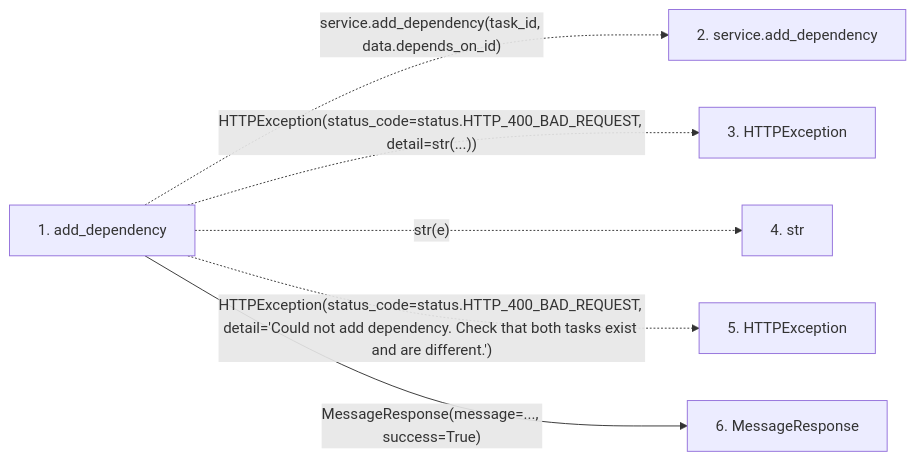
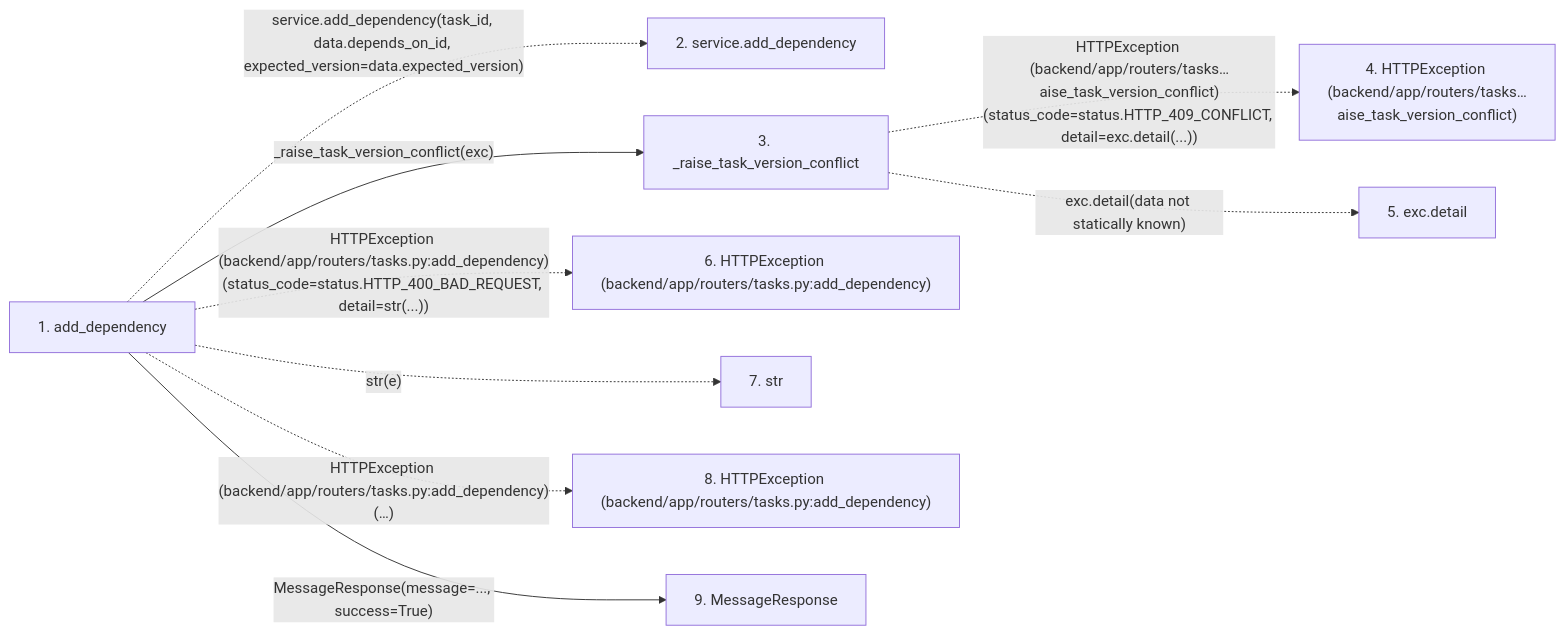
One commit to Denissvgn/WorkChord changed the second of 2 diagrams in docs/llm_wiki/flows/http-add_dependency.md. Above: the diagram before and after it, drawn with Mermaid. The commit also changed other lines of this file and 6624 other files, not shown here.

````diff
--- a/docs/llm_wiki/flows/http-add_dependency.md
+++ b/docs/llm_wiki/flows/http-add_dependency.md
@@ -27,16 +33,23 @@
 ```mermaid
 flowchart LR
     s1["1. add_dependency"]
     s2["2. service.add_dependency"]
-    s3["3. HTTPException"]
-    s4["4. str"]
-    s5["5. HTTPException"]
-    s6["6. MessageResponse"]
-    s1 -. "service.add_dependency(task_id, data.depends_on_id)" .-> s2
-    s1 -. "HTTPException(status_code=status.HTTP_400_BAD_REQUEST, detail=str(...))" .-> s3
-    s1 -. "str(e)" .-> s4
-    s1 -. "HTTPException(status_code=status.HTTP_400_BAD_REQUEST, detail='Could not add dependency. Check that both tasks exist and are different.')" .-> s5
-    s1 -->|"MessageResponse(message=..., success=True)"| s6
+    s3["3. _raise_task_version_conflict"]
+    s4["4. HTTPException (backend/app/routers/tasks…aise_task_version_conflict)"]
+    s5["5. exc.detail"]
+    s6["6. HTTPException (backend/app/routers/tasks.py:add_dependency)"]
+    s7["7. str"]
+    s8["8. HTTPException (backend/app/routers/tasks.py:add_dependency)"]
+    s9["9. MessageResponse"]
+    s1 -. "service.add_dependency(task_id, data.depends_on_id, expected_version=data.expected_version)" .-> s2
+    s1 -->|"_raise_task_version_conflict(exc)"| s3
+    s3 -. "HTTPException (backend/app/routers/tasks…aise_task_version_conflict)(status_code=status.HTTP_409_CONFLICT, detail=exc.detail(...))" .-> s4
+    s3 -. "exc.detail(data not statically known)" .-> s5
+    s1 -. "HTTPException (backend/app/routers/tasks.py:add_dependency)(status_code=status.HTTP_400_BAD_REQUEST, detail=str(...))" .-> s6
+    s1 -. "str(e)" .-> s7
+    s1 -. "HTTPException (backend/app/routers/tasks.py:add_dependency)(…)" .-> s8
+    s1 -->|"MessageResponse(message=..., success=True)"| s9
     click s1 "../modules/tasks.md"
-    click s6 "../modules/schemas_common.md"
+    click s3 "../modules/tasks.md"
+    click s9 "../modules/schemas_common.md"
 ```
````
